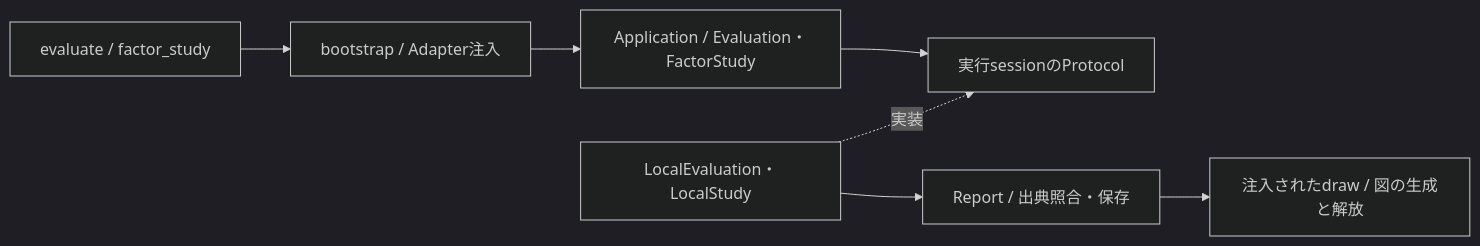
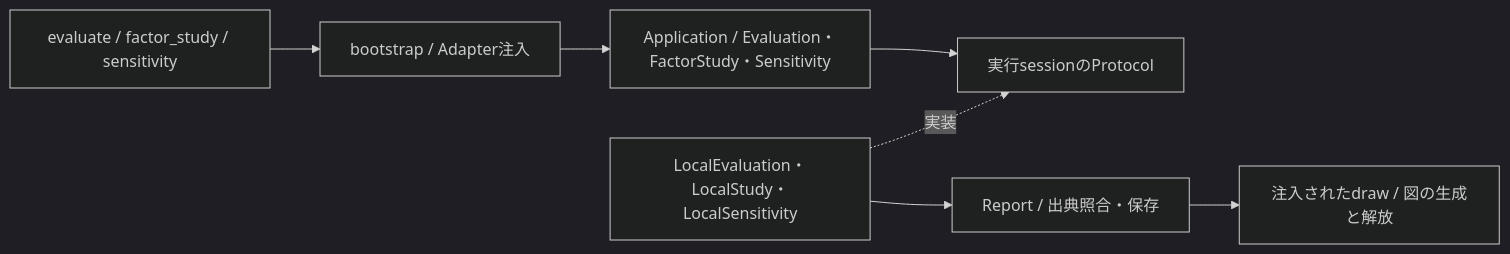
Before and after one commit to 97kuek/music-recsys: the first of 5 diagrams in docs/architecture.md, drawn with Mermaid (dark theme). The commit also changed other lines of this file and 31 other files, not shown here.

````diff
--- a/docs/architecture.md
+++ b/docs/architecture.md
@@ -35,9 +40,9 @@
 ```mermaid
 flowchart LR
-    CLI[evaluate / factor_study] --> B[bootstrap / Adapter注入]
-    B --> A[Application / Evaluation・FactorStudy]
+    CLI[evaluate / factor_study / sensitivity] --> B[bootstrap / Adapter注入]
+    B --> A[Application / Evaluation・FactorStudy・Sensitivity]
     A --> P[実行sessionのProtocol]
-    L[LocalEvaluation・LocalStudy] -. 実装 .-> P
+    L[LocalEvaluation・LocalStudy・LocalSensitivity] -. 実装 .-> P
     L --> R[Report / 出典照合・保存]
     R --> W[注入されたdraw / 図の生成と解放]
 ```
````
